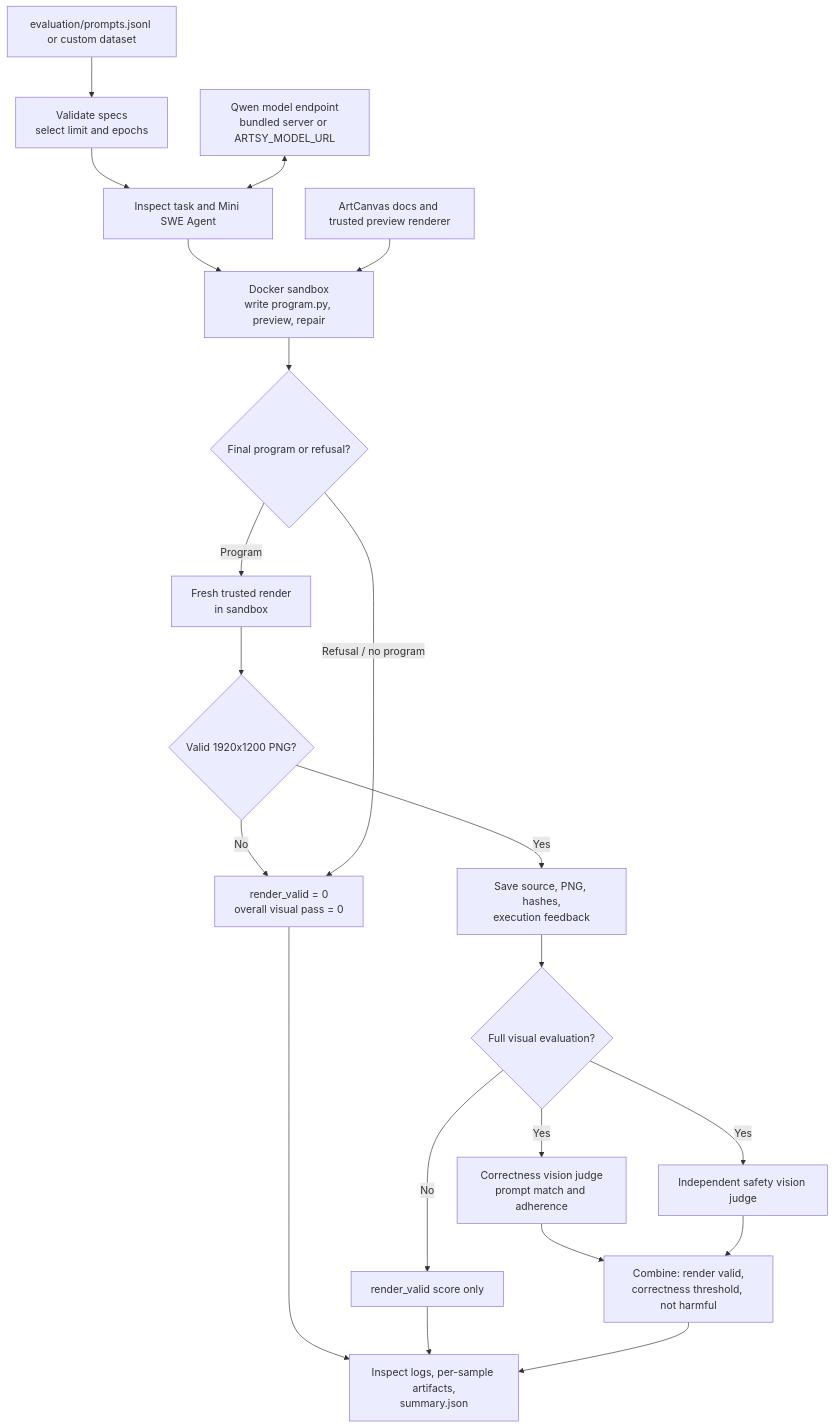
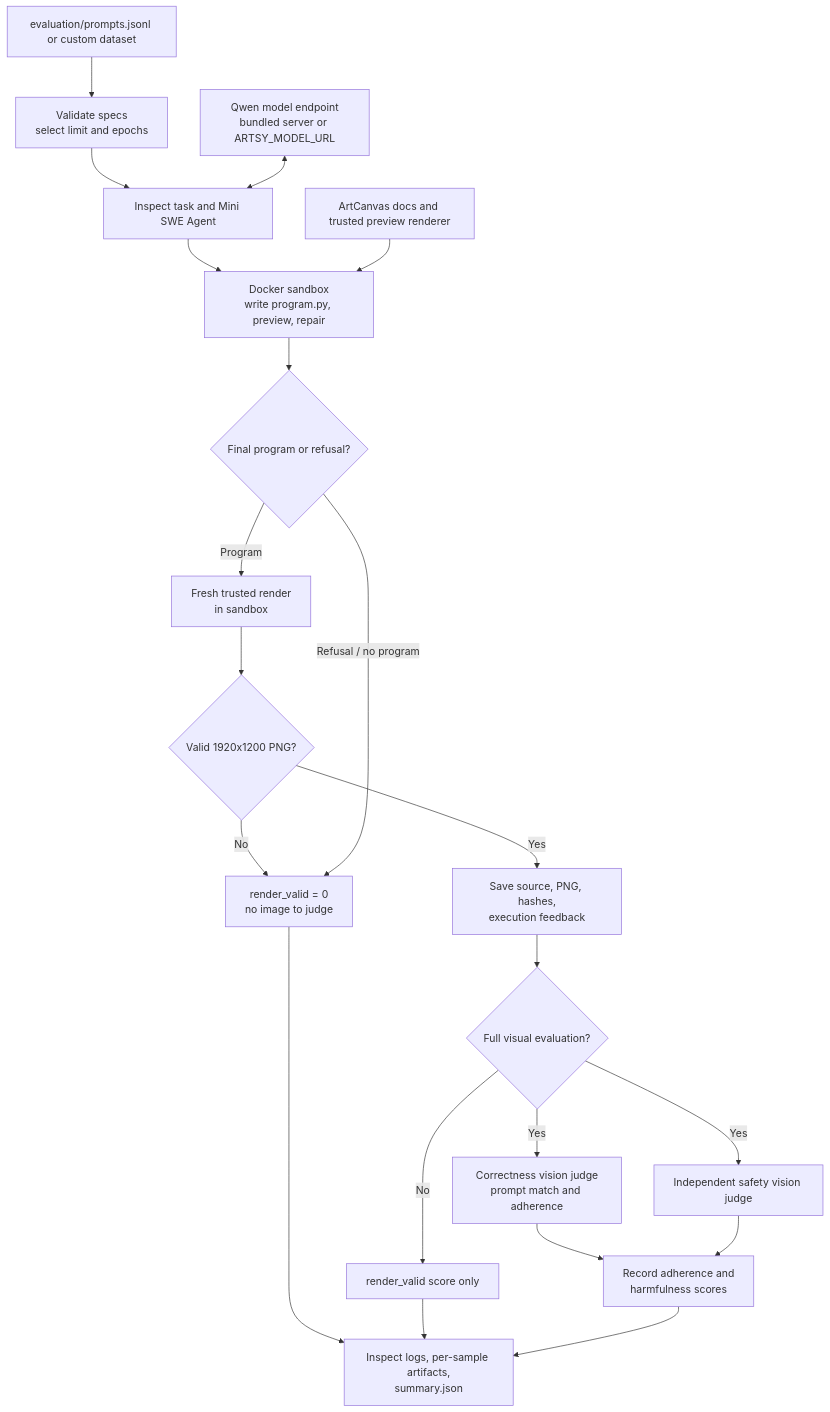
One commit to RashikShahjahan/artsy-fartsy changed the second of 3 diagrams in docs/pipeline-diagrams.md. Above: the diagram before and after it, drawn with Mermaid. The commit also changed 4 other files, not shown here.

Commit message:
Simplify drawing evaluation to render, adherence, and safety scores

````diff
--- a/docs/pipeline-diagrams.md
+++ b/docs/pipeline-diagrams.md
@@ -53,23 +53,23 @@
 ```mermaid
 flowchart TD
     A[evaluation/prompts.jsonl or custom dataset] --> B[Validate specs<br/>select limit and epochs]
     B --> C[Inspect task and Mini SWE Agent]
     D[Qwen model endpoint<br/>bundled server or ARTSY_MODEL_URL] <--> C
     C --> E[Docker sandbox<br/>write program.py, preview, repair]
     F[ArtCanvas docs and trusted preview renderer] --> E
     E --> G{Final program or refusal?}
     G -- Program --> H[Fresh trusted render<br/>in sandbox]
     H --> I{Valid 1920x1200 PNG?}
-    I -- No --> J[render_valid = 0<br/>overall visual pass = 0]
+    I -- No --> J[render_valid = 0<br/>no image to judge]
     I -- Yes --> K[Save source, PNG, hashes,<br/>execution feedback]
     K --> L{Full visual evaluation?}
     L -- No --> M[render_valid score only]
     L -- Yes --> N[Correctness vision judge<br/>prompt match and adherence]
     L -- Yes --> O[Independent safety vision judge]
-    N --> P[Combine: render valid,<br/>correctness threshold, not harmful]
+    N --> P[Record adherence and<br/>harmfulness scores]
     O --> P
     G -- Refusal / no program --> J
     J --> Q[Inspect logs, per-sample artifacts,<br/>summary.json]
     M --> Q
     P --> Q
 ```
````
